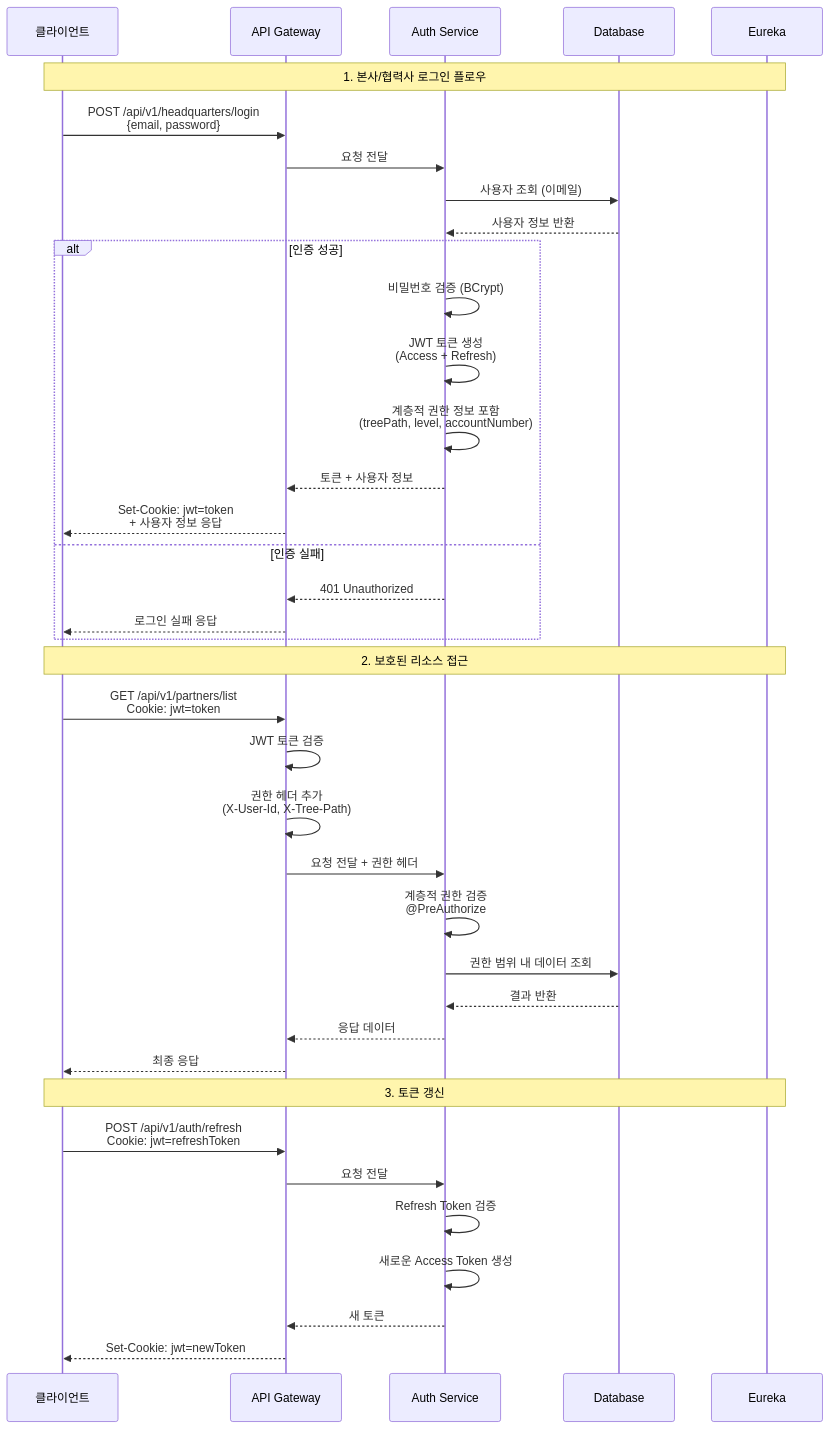
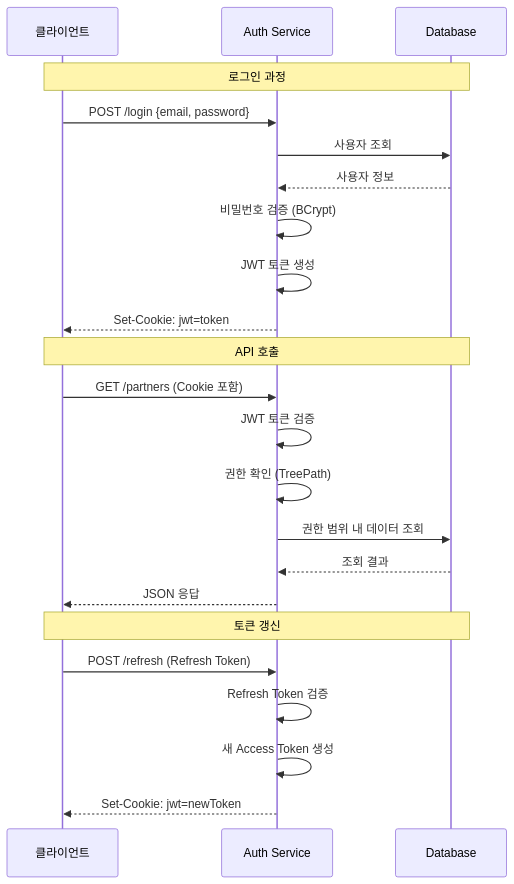
The second of 2 diagrams in README.md (NSMM-v2/auth-service), drawn with Mermaid before and after one commit. The commit also changed other lines of this file and 23 other files, not shown here.

Commit message:
[feat] DART API 연동을 위한 DTO 구조 개선 및 API 단순화 - PartnerCreateRequest를 DART API 요구사항에 맞게 수정 - UUID, contactPerson, companyName, address 필드 중심으로 재구성 - 불필요한 API 엔드포인트 제거 (/first-level, /{parentId}/sub-partners) - /create-by-uuid 하나로 모든 협력사 생성 통합 - 사용하지 않는 DTO 클래스 제거

````diff
--- a/README.md
+++ b/README.md
@@ -92,49 +82,28 @@
 ```mermaid
 sequenceDiagram
     participant C as 클라이언트
-    participant G as API Gateway
     participant A as Auth Service
-    participant D as Database
-    participant E as Eureka
+    participant DB as Database
 
-    Note over C,E: 1. 본사/협력사 로그인 플로우
+    Note over C,DB: 로그인 과정
+    C->>A: POST /login {email, password}
+    A->>DB: 사용자 조회
+    DB-->>A: 사용자 정보
+    A->>A: 비밀번호 검증 (BCrypt)
+    A->>A: JWT 토큰 생성
+    A-->>C: Set-Cookie: jwt=token
 
-    C->>G: POST /api/v1/headquarters/login<br/>{email, password}
-    G->>A: 요청 전달
+    Note over C,DB: API 호출
+    C->>A: GET /partners (Cookie 포함)
+    A->>A: JWT 토큰 검증
+    A->>A: 권한 확인 (TreePath)
+    A->>DB: 권한 범위 내 데이터 조회
+    DB-->>A: 조회 결과
+    A-->>C: JSON 응답
 
-    A->>D: 사용자 조회 (이메일)
-    D-->>A: 사용자 정보 반환
-
-    alt 인증 성공
-        A->>A: 비밀번호 검증 (BCrypt)
-        A->>A: JWT 토큰 생성<br/>(Access + Refresh)
-        A->>A: 계층적 권한 정보 포함<br/>(treePath, level, accountNumber)
-        A-->>G: 토큰 + 사용자 정보
-        G-->>C: Set-Cookie: jwt=token<br/>+ 사용자 정보 응답
-    else 인증 실패
-        A-->>G: 401 Unauthorized
-        G-->>C: 로그인 실패 응답
-    end
-
-    Note over C,E: 2. 보호된 리소스 접근
-
-    C->>G: GET /api/v1/partners/list<br/>Cookie: jwt=token
-    G->>G: JWT 토큰 검증
-    G->>G: 권한 헤더 추가<br/>(X-User-Id, X-Tree-Path)
-    G->>A: 요청 전달 + 권한 헤더
-
-    A->>A: 계층적 권한 검증<br/>@PreAuthorize
-    A->>D: 권한 범위 내 데이터 조회
-    D-->>A: 결과 반환
-    A-->>G: 응답 데이터
-    G-->>C: 최종 응답
-
-    Note over C,E: 3. 토큰 갱신
-
-    C->>G: POST /api/v1/auth/refresh<br/>Cookie: jwt=refreshToken
-    G->>A: 요청 전달
+    Note over C,DB: 토큰 갱신
+    C->>A: POST /refresh (Refresh Token)
     A->>A: Refresh Token 검증
-    A->>A: 새로운 Access Token 생성
-    A-->>G: 새 토큰
-    G-->>C: Set-Cookie: jwt=newToken
+    A->>A: 새 Access Token 생성
+    A-->>C: Set-Cookie: jwt=newToken
 ```
````
